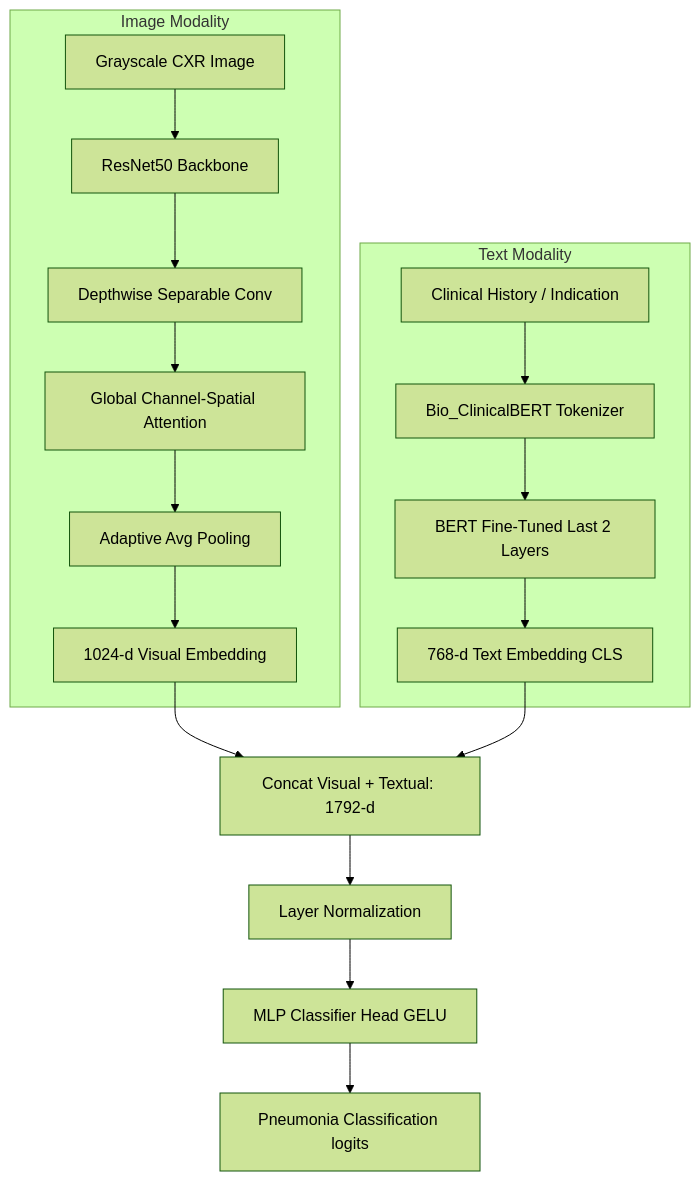
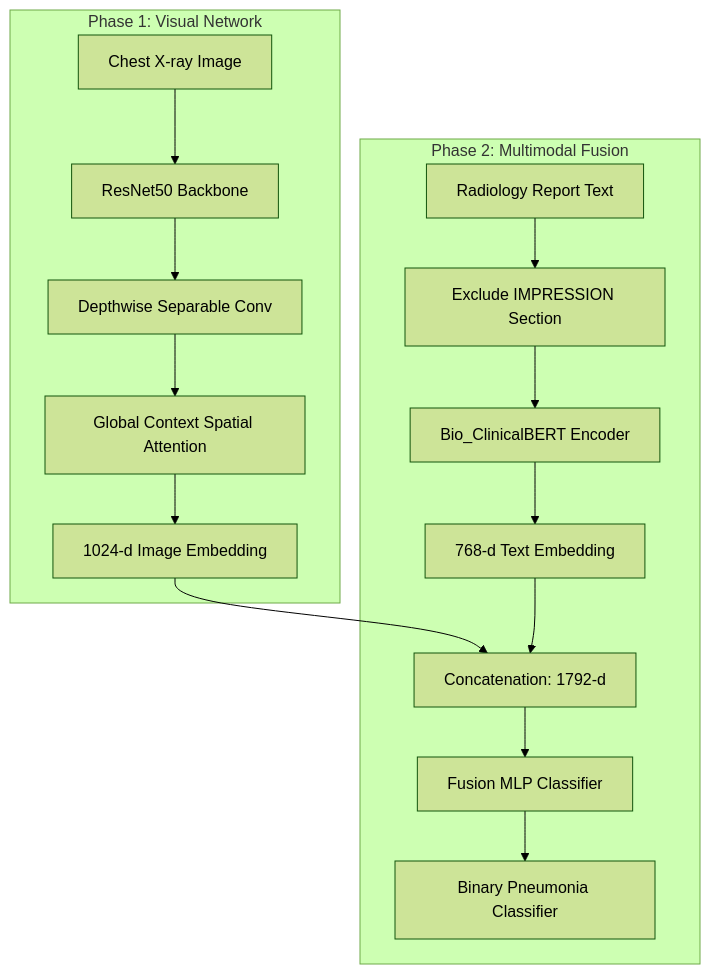
The diagram in mimic/mimic_pilot_139/README.md (Ashutosh-yadav0001/PneumoFusionNet), drawn with Mermaid (forest theme) before and after one commit. The commit also changed other lines of this file, not shown here.

````diff
--- a/mimic/mimic_pilot_139/README.md
+++ b/mimic/mimic_pilot_139/README.md
@@ -41,24 +30,18 @@
 ```mermaid
 graph TD
-    %% Image Modality Pipeline
-    subgraph Image Modality
-        Img[Grayscale CXR Image] --> RN[ResNet50 Backbone]
-        RN --> DSC[Depthwise Separable Conv]
-        DSC --> GCSA[Global Channel-Spatial Attention]
-        GCSA --> ImgPool[Adaptive Avg Pooling]
-        ImgPool --> ImgFeat[1024-d Visual Embedding]
+    subgraph Phase 1: Visual Network
+        Img[Chest X-ray Image] --> ResNet[ResNet50 Backbone]
+        ResNet --> DSC[Depthwise Separable Conv]
+        DSC --> GCSA[Global Context Spatial Attention]
+        GCSA --> ImgEmb[1024-d Image Embedding]
     end
 
-    %% Text Modality Pipeline
-    subgraph Text Modality
-        Txt[Clinical History / Indication] --> BERT[Bio_ClinicalBERT Tokenizer]
-        BERT --> BERTFine[BERT Fine-Tuned Last 2 Layers]
-        BERTFine --> CLS[768-d Text Embedding CLS]
+    subgraph Phase 2: Multimodal Fusion
+        Report[Radiology Report Text] --> Clean[Exclude IMPRESSION Section]
+        Clean --> BERT[Bio_ClinicalBERT Encoder]
+        BERT --> TextEmb[768-d Text Embedding]
+        ImgEmb & TextEmb --> Concat[Concatenation: 1792-d]
+        Concat --> MLP[Fusion MLP Classifier]
+        MLP --> Out[Binary Pneumonia Classifier]
     end
-
-    %% Multimodal Fusion Pipeline
-    ImgFeat & CLS --> Concat[Concat Visual + Textual: 1792-d]
-    Concat --> LN[Layer Normalization]
-    LN --> MLP[MLP Classifier Head GELU]
-    MLP --> Logits[Pneumonia Classification logits]
 ```
````
